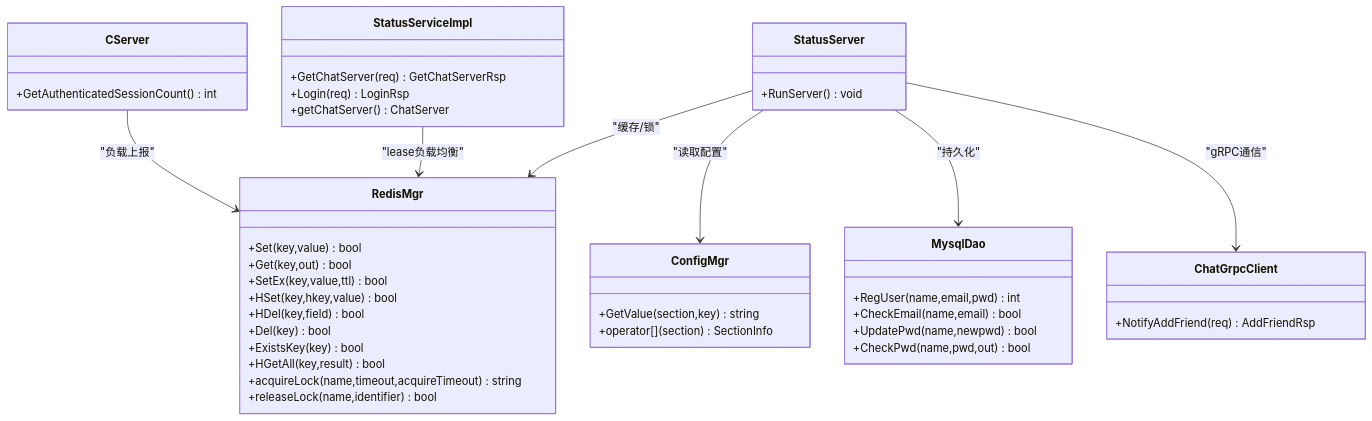
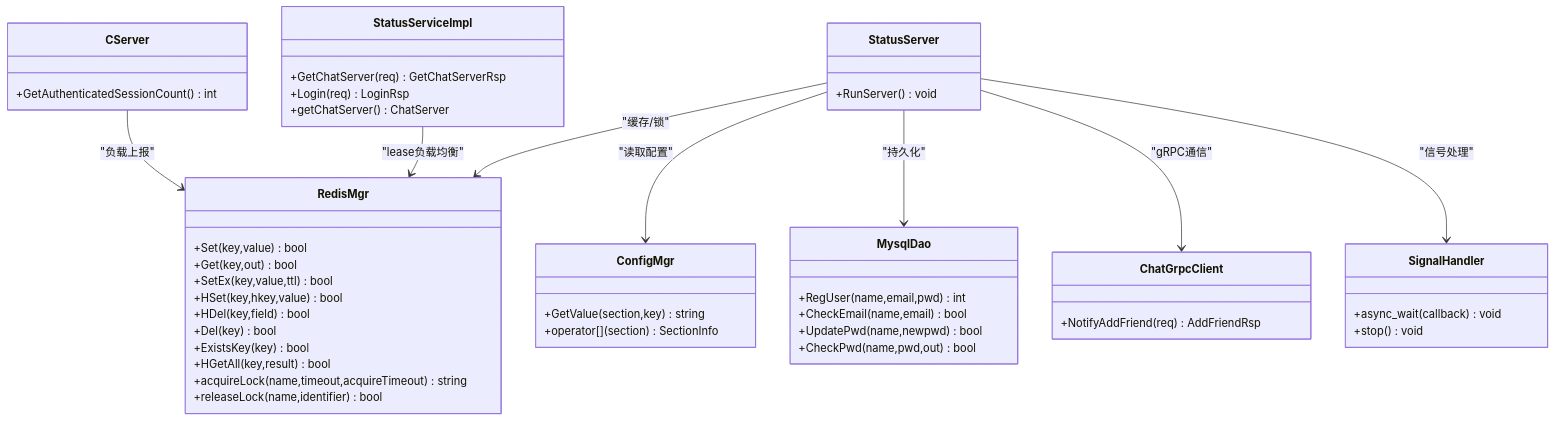
The fourth of 4 diagrams in .qoder/repowiki/zh/content/部署运维/服务部署/服务配置/StatusServer状态服务配置.md (echo9923/mychatter), drawn with Mermaid before and after one commit. The commit also changed other lines of this file and 58 other files, not shown here.

````diff
--- a/.qoder/repowiki/zh/content/部署运维/服务部署/服务配置/StatusServer状态服务配置.md
+++ b/.qoder/repowiki/zh/content/部署运维/服务部署/服务配置/StatusServer状态服务配置.md
@@ -302,45 +329,50 @@
 ```mermaid
 classDiagram
 class ConfigMgr {
 +GetValue(section,key) string
 +operator[](section) SectionInfo
 }
 class RedisMgr {
 +Set(key,value) bool
 +Get(key,out) bool
 +SetEx(key,value,ttl) bool
 +HSet(key,hkey,value) bool
 +HDel(key,field) bool
 +Del(key) bool
 +ExistsKey(key) bool
 +HGetAll(key,result) bool
 +acquireLock(name,timeout,acquireTimeout) string
 +releaseLock(name,identifier) bool
 }
 class MysqlDao {
 +RegUser(name,email,pwd) int
 +CheckEmail(name,email) bool
 +UpdatePwd(name,newpwd) bool
 +CheckPwd(name,pwd,out) bool
 }
 class ChatGrpcClient {
 +NotifyAddFriend(req) AddFriendRsp
 }
 class StatusServiceImpl {
 +GetChatServer(req) GetChatServerRsp
 +Login(req) LoginRsp
 +getChatServer() ChatServer
 }
 class StatusServer {
 +RunServer() void
 }
 class CServer {
 +GetAuthenticatedSessionCount() int
 }
+class SignalHandler {
++async_wait(callback) void
++stop() void
+}
 StatusServer --> ConfigMgr : "读取配置"
 StatusServer --> RedisMgr : "缓存/锁"
 StatusServer --> MysqlDao : "持久化"
 StatusServer --> ChatGrpcClient : "gRPC通信"
+StatusServer --> SignalHandler : "信号处理"
 StatusServiceImpl --> RedisMgr : "lease负载均衡"
 CServer --> RedisMgr : "负载上报"
 ```
````
